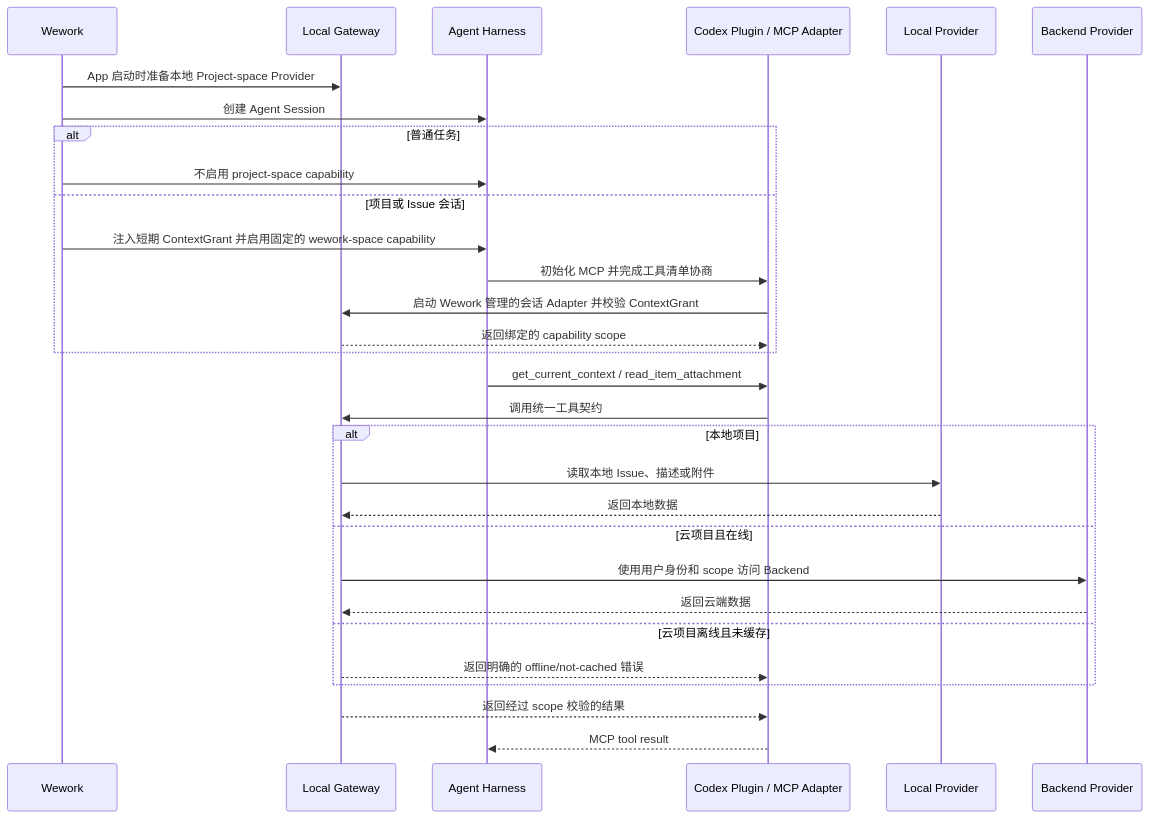
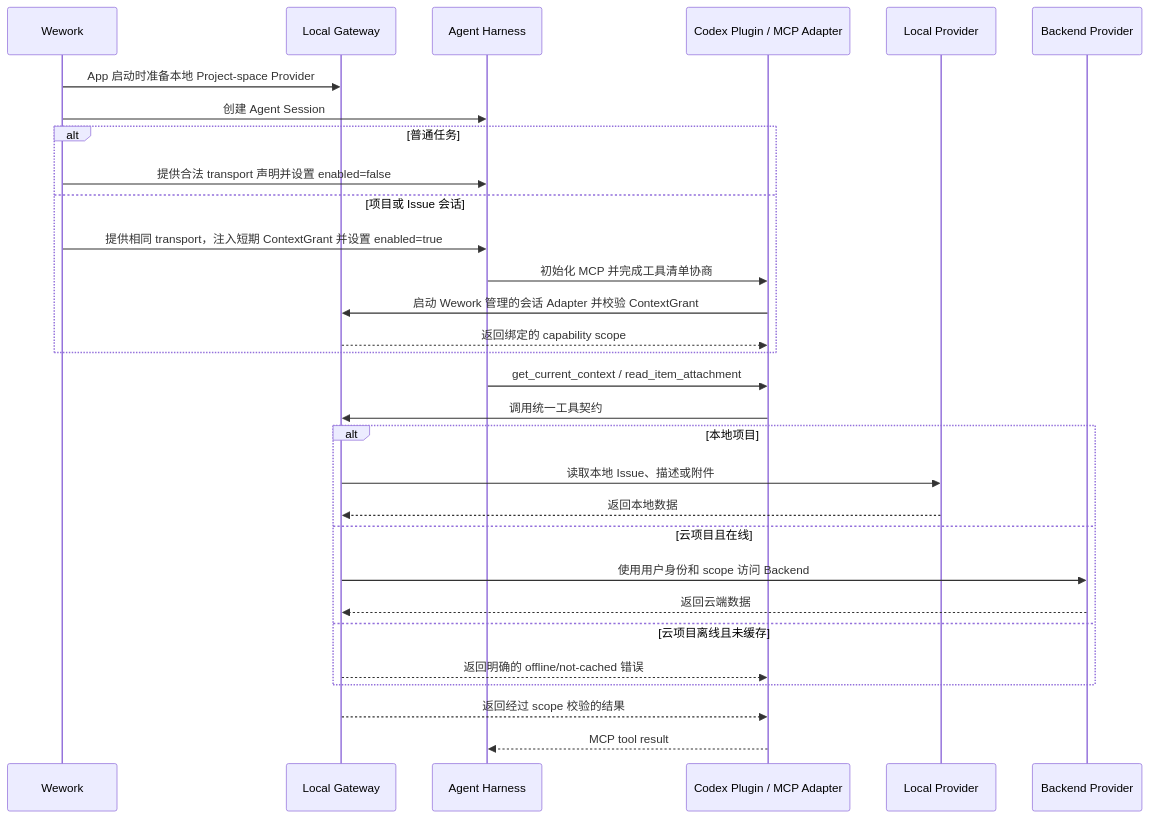
One commit to wecode-ai/Wegent changed the second of 2 diagrams in docs/zh/architecture/project-space-agent-capability.md. Above: the diagram before and after it, drawn with Mermaid. The commit also changed other lines of this file and 3 other files, not shown here.

````diff
--- a/docs/zh/architecture/project-space-agent-capability.md
+++ b/docs/zh/architecture/project-space-agent-capability.md
@@ -29,33 +30,33 @@
 ```mermaid
 sequenceDiagram
     participant W as Wework
     participant G as Local Gateway
     participant H as Agent Harness
     participant P as Codex Plugin / MCP Adapter
     participant L as Local Provider
     participant B as Backend Provider
 
     W->>G: App 启动时准备本地 Project-space Provider
     W->>H: 创建 Agent Session
     alt 普通任务
-        W->>H: 不启用 project-space capability
+        W->>H: 提供合法 transport 声明并设置 enabled=false
     else 项目或 Issue 会话
-        W->>H: 注入短期 ContextGrant 并启用固定的 wework-space capability
+        W->>H: 提供相同 transport，注入短期 ContextGrant 并设置 enabled=true
         H->>P: 初始化 MCP 并完成工具清单协商
         P->>G: 启动 Wework 管理的会话 Adapter 并校验 ContextGrant
         G-->>P: 返回绑定的 capability scope
     end
     H->>P: get_current_context / read_item_attachment
     P->>G: 调用统一工具契约
     alt 本地项目
         G->>L: 读取本地 Issue、描述或附件
         L-->>G: 返回本地数据
     else 云项目且在线
         G->>B: 使用用户身份和 scope 访问 Backend
         B-->>G: 返回云端数据
     else 云项目离线且未缓存
         G-->>P: 返回明确的 offline/not-cached 错误
     end
     G-->>P: 返回经过 scope 校验的结果
     P-->>H: MCP tool result
 ```
````
